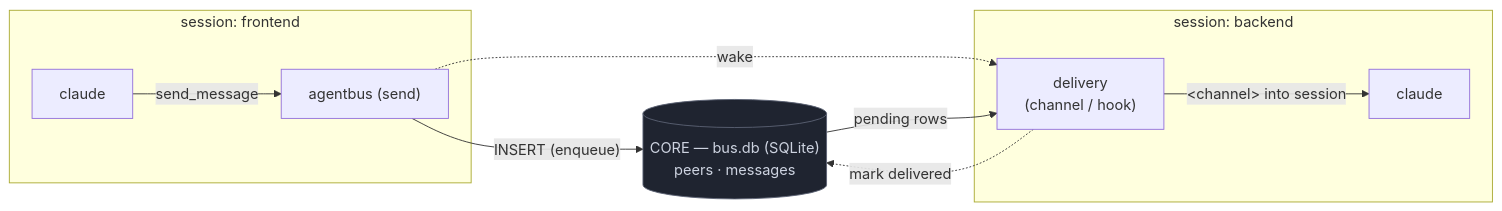
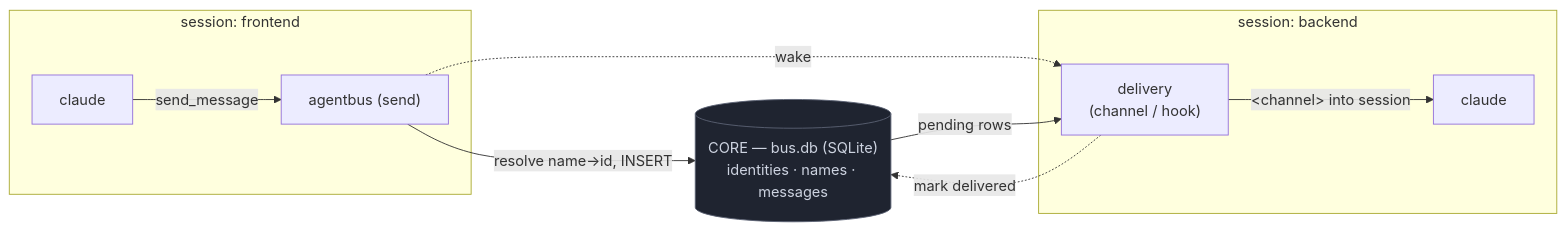
Before and after one commit to biswajitpatra/agentbus: the diagram in README.md, drawn with Mermaid. The commit also changed other lines of this file and 16 other files, not shown here.

````diff
--- a/README.md
+++ b/README.md
@@ -26,22 +31,22 @@
 ```mermaid
 flowchart LR
     subgraph S1["session: frontend"]
         SEND1["agentbus (send)"]
         C1["claude"]
     end
     subgraph S2["session: backend"]
         C2["claude"]
         DLV2["delivery<br/>(channel / hook)"]
     end
-    DB[("CORE — bus.db (SQLite)<br/>peers · messages")]
+    DB[("CORE — bus.db (SQLite)<br/>identities · names · messages")]
 
     C1 -- "send_message" --> SEND1
-    SEND1 -- "INSERT (enqueue)" --> DB
+    SEND1 -- "resolve name→id, INSERT" --> DB
     SEND1 -. "wake" .-> DLV2
     DB -- "pending rows" --> DLV2
     DLV2 -- "&lt;channel&gt; into session" --> C2
     DLV2 -. "mark delivered" .-> DB
 
     classDef db fill:#1f2430,stroke:#5b6273,color:#cdd3e0;
     class DB db;
 ```
````
